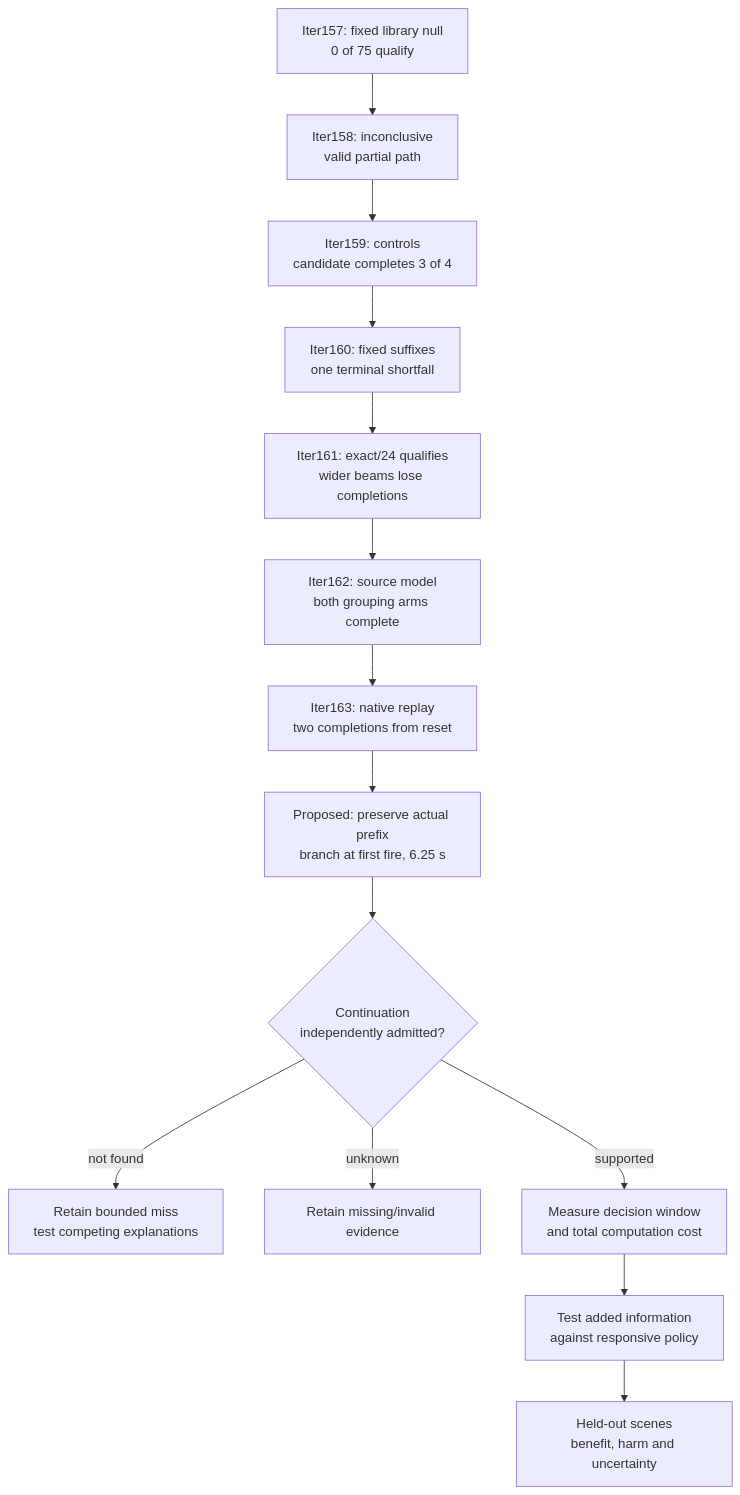
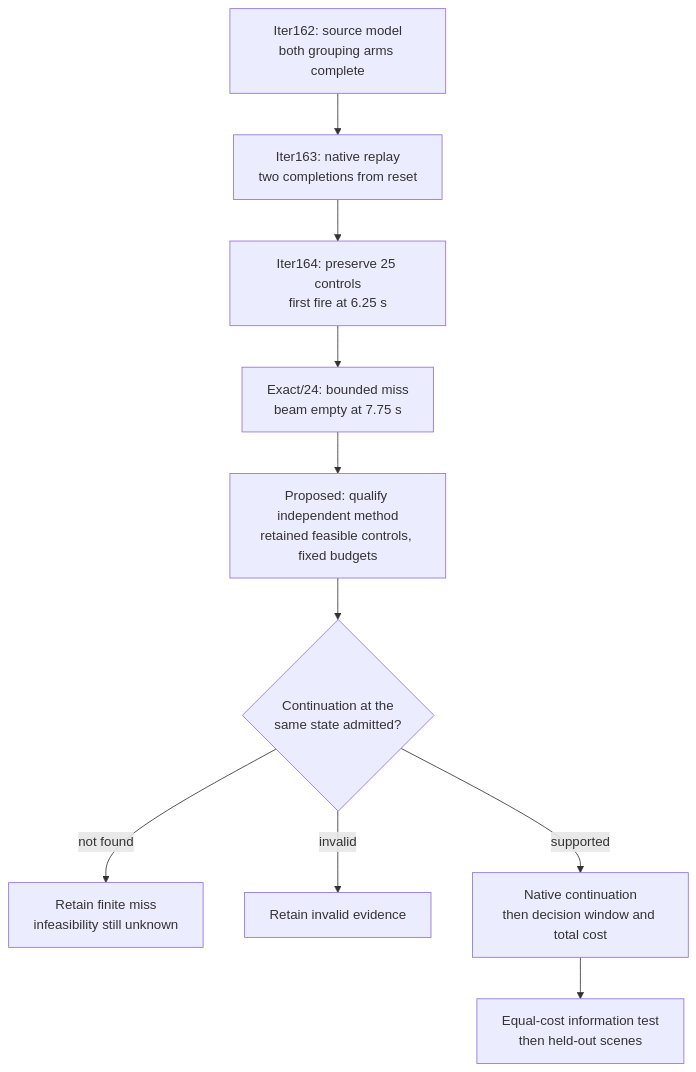
One commit to manfromnowhere143/sentinel changed the third of 3 diagrams in README.md. Above: the diagram before and after it, drawn with Mermaid. The commit also changed other lines of this file and 38 other files, not shown here.

Commit message:
Close monitor-time continuation with an independently admitted bounded miss

````diff
--- a/README.md
+++ b/README.md
@@ -611,18 +634,14 @@
 ```mermaid
 flowchart TB
-  accTitle: From native completion to decision-time recovery
-  accDescr: Seven results precede proposed monitor-time continuation and information tests.
-  C["Iter157: fixed library null<br/>0 of 75 qualify"] --> A["Iter158: inconclusive<br/>valid partial path"]
-  A --> Q["Iter159: controls<br/>candidate completes 3 of 4"]
-  Q --> K["Iter160: fixed suffixes<br/>one terminal shortfall"]
-  K --> G["Iter161: exact/24 qualifies<br/>wider beams lose completions"]
-  G --> S["Iter162: source model<br/>both grouping arms complete"]
-  S --> V["Iter163: native replay<br/>two completions from reset"]
-  V --> P["Proposed: preserve actual prefix<br/>branch at first fire, 6.25 s"]
-  P --> R{"Continuation<br/>independently admitted?"}
-  R -- "not found" --> N["Retain bounded miss<br/>test competing explanations"]
-  R -- "unknown" --> U["Retain missing/invalid evidence"]
-  R -- "supported" --> W["Measure decision window<br/>and total computation cost"]
-  W --> I["Test added information<br/>against responsive policy"]
-  I --> H["Held-out scenes<br/>benefit, harm and uncertainty"]
+  accTitle: Distinguish search failure from late intervention
+  accDescr: The qualified historical prefix yields a bounded miss; independent methods precede a decision-time claim.
+  S["Iter162: source model<br/>both grouping arms complete"] --> V["Iter163: native replay<br/>two completions from reset"]
+  V --> P["Iter164: preserve 25 controls<br/>first fire at 6.25 s"]
+  P --> B["Exact/24: bounded miss<br/>beam empty at 7.75 s"]
+  B --> Q["Proposed: qualify independent method<br/>retained feasible controls, fixed budgets"]
+  Q --> R{"Continuation at the<br/>same state admitted?"}
+  R -- "not found" --> N["Retain finite miss<br/>infeasibility still unknown"]
+  R -- "invalid" --> U["Retain invalid evidence"]
+  R -- "supported" --> W["Native continuation<br/>then decision window and total cost"]
+  W --> I["Equal-cost information test<br/>then held-out scenes"]
 ```
````
